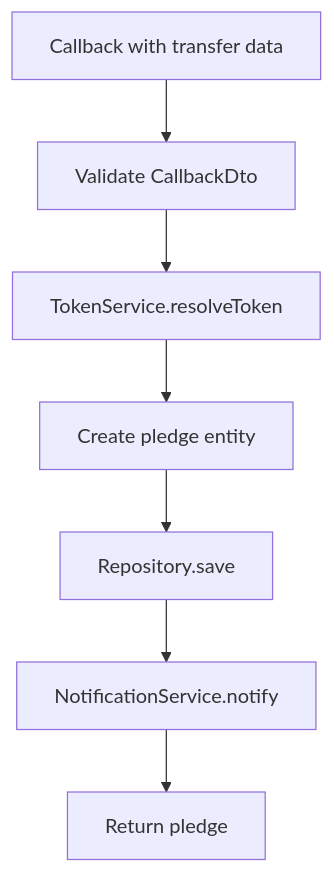
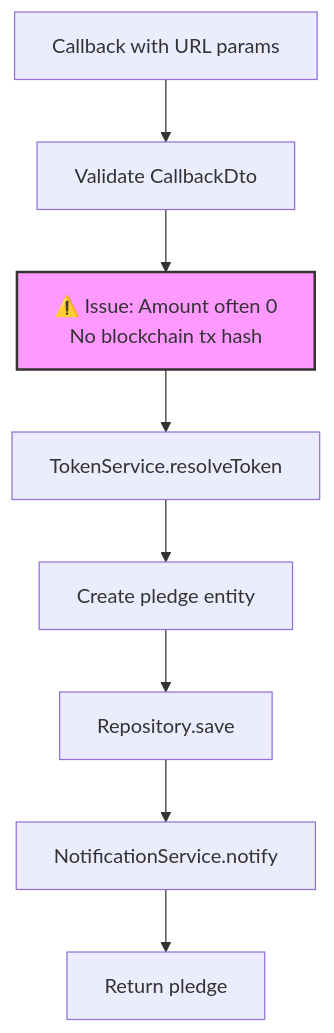
The sixth of 6 diagrams in robinhood-onramp/docs/FLOW-DIAGRAMS.md (endaoment/robinhood-connect-poc), drawn with Mermaid before and after one commit. The commit also changed other lines of this file and 40 other files, not shown here.

````diff
--- a/robinhood-onramp/docs/FLOW-DIAGRAMS.md
+++ b/robinhood-onramp/docs/FLOW-DIAGRAMS.md
@@ -111,9 +150,12 @@
 ```mermaid
 flowchart TD
-    Callback[Callback with transfer data] --> Validate[Validate CallbackDto]
-    Validate --> ResolveToken[TokenService.resolveToken]
+    Callback[Callback with URL params] --> Validate[Validate CallbackDto]
+    Validate --> Issue[⚠️ Issue: Amount often 0<br/>No blockchain tx hash]
+    Issue --> ResolveToken[TokenService.resolveToken]
     ResolveToken --> CreateEntity[Create pledge entity]
     CreateEntity --> SaveDB[Repository.save]
     SaveDB --> Notify[NotificationService.notify]
     Notify --> Return[Return pledge]
+    
+    style Issue fill:#f9f,stroke:#333,stroke-width:2px
 ```
````
